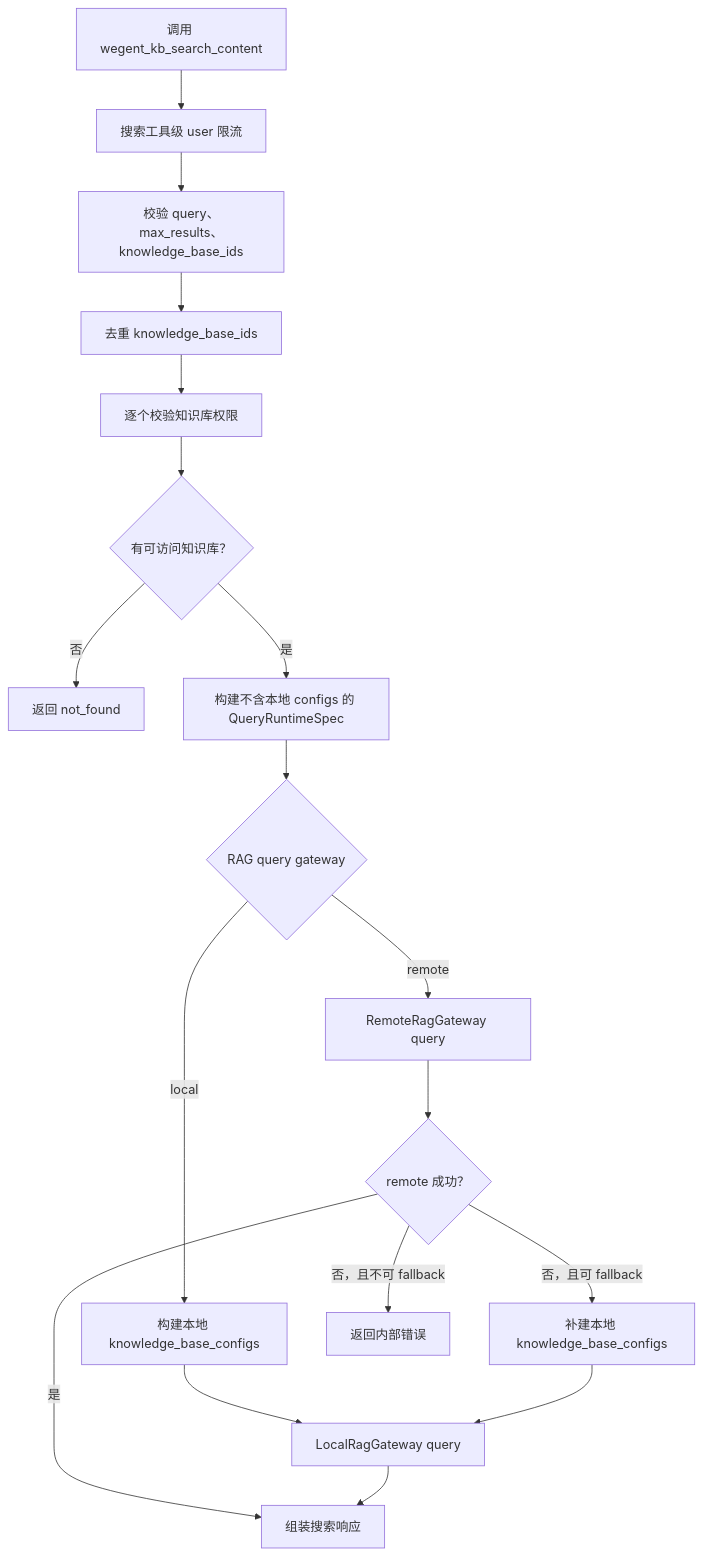
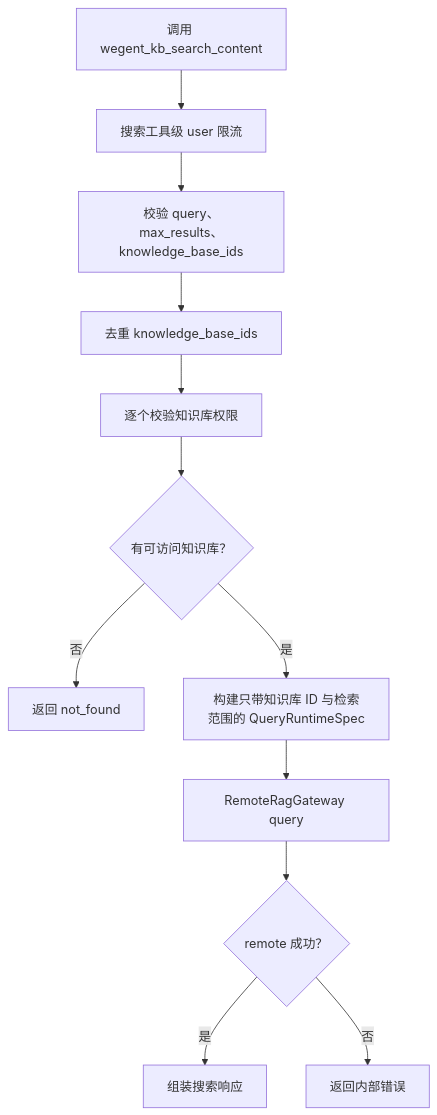
The third of 3 diagrams in i18n/zh/docusaurus-plugin-content-docs/current/wegent/developer-guide/external-knowledge-mcp.md (wecode-ai/wegent-docs), drawn with Mermaid before and after one commit. The commit also changed other lines of this file and 9 other files, not shown here.

````diff
--- a/i18n/zh/docusaurus-plugin-content-docs/current/wegent/developer-guide/external-knowledge-mcp.md
+++ b/i18n/zh/docusaurus-plugin-content-docs/current/wegent/developer-guide/external-knowledge-mcp.md
@@ -269,20 +268,14 @@
 ```mermaid
 flowchart TD
     start[调用 wegent_kb_search_content] --> rate[搜索工具级 user 限流]
     rate --> validate[校验 query、max_results、knowledge_base_ids]
     validate --> dedupe[去重 knowledge_base_ids]
     dedupe --> access[逐个校验知识库权限]
     access --> found{有可访问知识库？}
     found -->|否| not_found[返回 not_found]
-    found -->|是| spec[构建不含本地 configs 的 QueryRuntimeSpec]
-    spec --> gateway{RAG query gateway}
-    gateway -->|local| build_local[构建本地 knowledge_base_configs]
-    build_local --> local_query[LocalRagGateway query]
-    gateway -->|remote| remote_query[RemoteRagGateway query]
+    found -->|是| spec[构建只带知识库 ID 与检索范围的 QueryRuntimeSpec]
+    spec --> remote_query[RemoteRagGateway query]
     remote_query --> ok{remote 成功？}
     ok -->|是| response[组装搜索响应]
-    ok -->|否，且可 fallback| build_fallback[补建本地 knowledge_base_configs]
-    build_fallback --> local_query
-    ok -->|否，且不可 fallback| error[返回内部错误]
-    local_query --> response
+    ok -->|否| error[返回内部错误]
 ```
````
